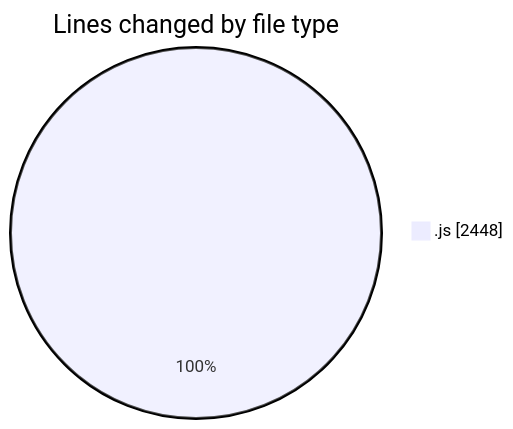
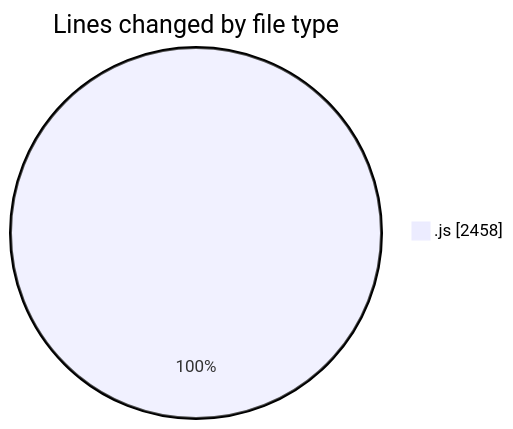
The first of 2 diagrams in 2025-08-04/javascript/README.md (Ritupan-Deka/code-tracking), drawn with Mermaid before and after one commit. The commit also changed other lines of this file and 1 other file, not shown here.

````diff
--- a/2025-08-04/javascript/README.md
+++ b/2025-08-04/javascript/README.md
@@ -23,5 +24,5 @@
 ```mermaid
 pie showData
 title Lines changed by file type
-".js" : 2448
+".js" : 2458
 ```
````
